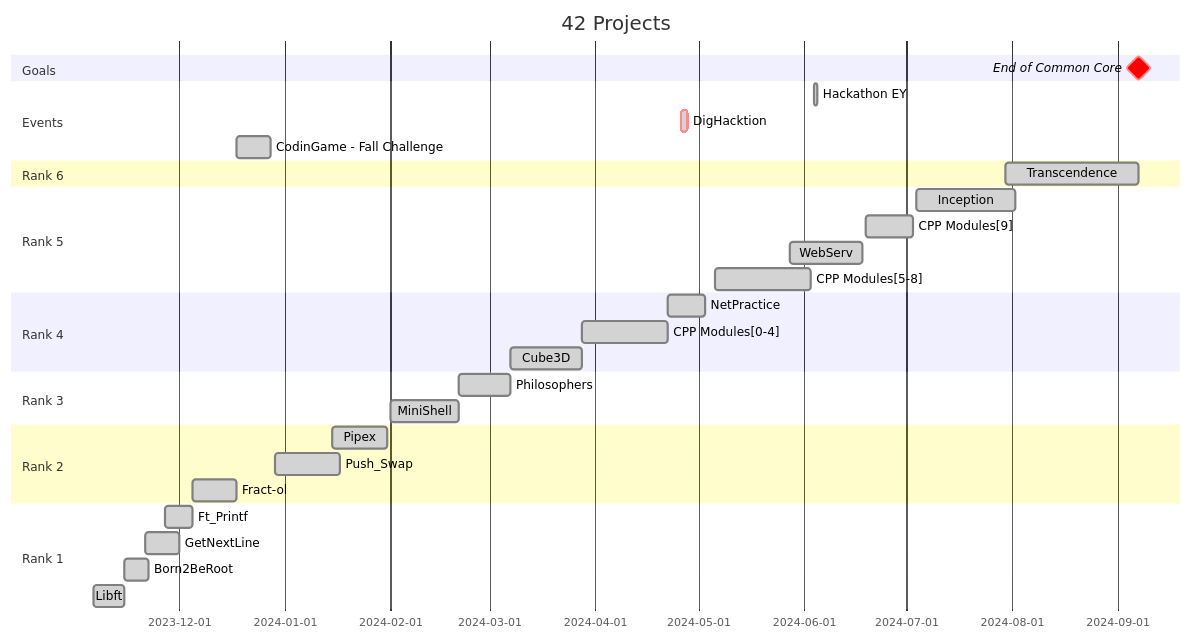
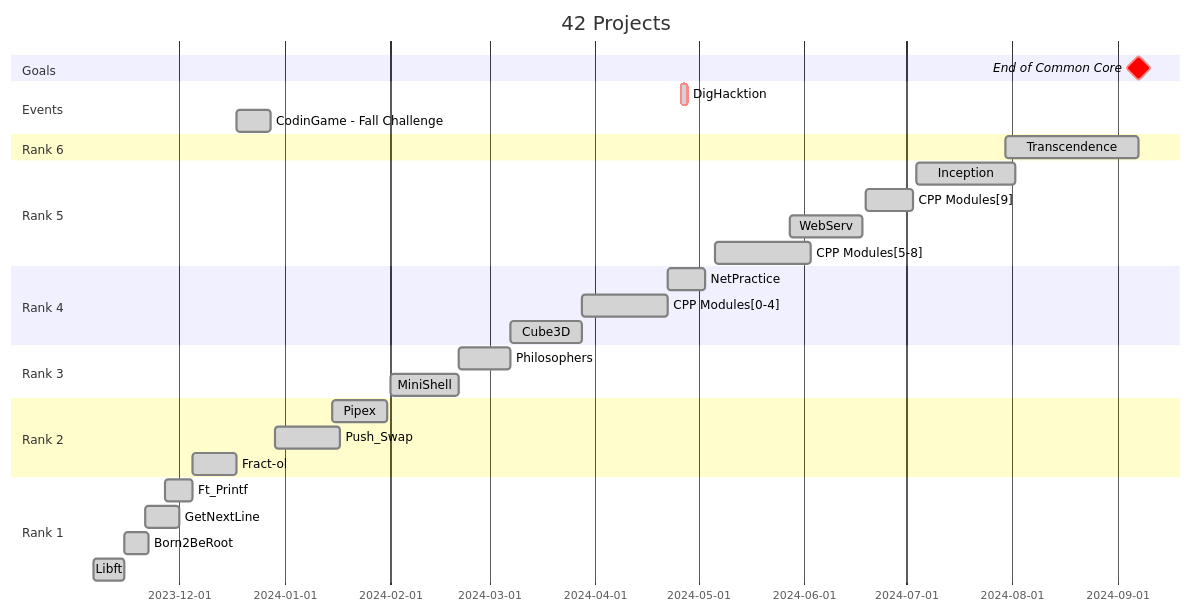
One commit to Tablerase/42_Projects changed the diagram in README.md. Above: the diagram before and after it, drawn with Mermaid.

Commit message:
refactor: rm unnecessary content in gantt diagram

````diff
--- a/README.md
+++ b/README.md
@@ -93,42 +93,41 @@
 ```mermaid
 gantt
     title 42 Projects
     dateFormat  YYYY-MM-DD
 
     section Goals
     End of Common Core : milestone, crit, m1, 2024-09-07, 2024-09-07
 
     section Events
-    Hackathon EY : done, 2024-06-04, 2024-06-05
     DigHacktion : crit, done, 2024-04-26, 2024-04-28
     CodinGame - Fall Challenge : done, 2023-12-18, 2023-12-28
 
     section Rank 6
     Transcendence : done, 2024-07-30, 2024-09-07
 
     section Rank 5
     Inception : done, 2024-07-04, 2024-08-02
     CPP Modules[9] : done, 2024-06-19, 2024-07-03
     WebServ : done, 2024-05-28, 2024-06-18
     CPP Modules[5-8] : done, 2024-05-06, 4w
 
     section Rank 4
     NetPractice : done, 2024-04-22, 2024-05-03
     CPP Modules[0-4] : done, 2024-03-28, 2024-04-22
     Cube3D :done, 2024-03-07, 2024-03-28
   
     section Rank 3
     Philosophers :done, 2024-02-21, 2024-03-07
     MiniShell :done, 2024-02-01, 2024-02-21
 
     section Rank 2
     Pipex :done, 2024-01-15, 2024-01-31
     Push_Swap :done, 2023-12-29, 2024-01-17
     Fract-ol :done, 2023-12-05, 2023-12-18
 
     section Rank 1
     Ft_Printf :done, 2023-11-27, 2023-12-05
     GetNextLine :done, 2023-11-21, 2023-12-01
     Born2BeRoot :done, 2023-11-15, 2023-11-22
     Libft :done, 2023-11-06, 2023-11-15
 ```
````
